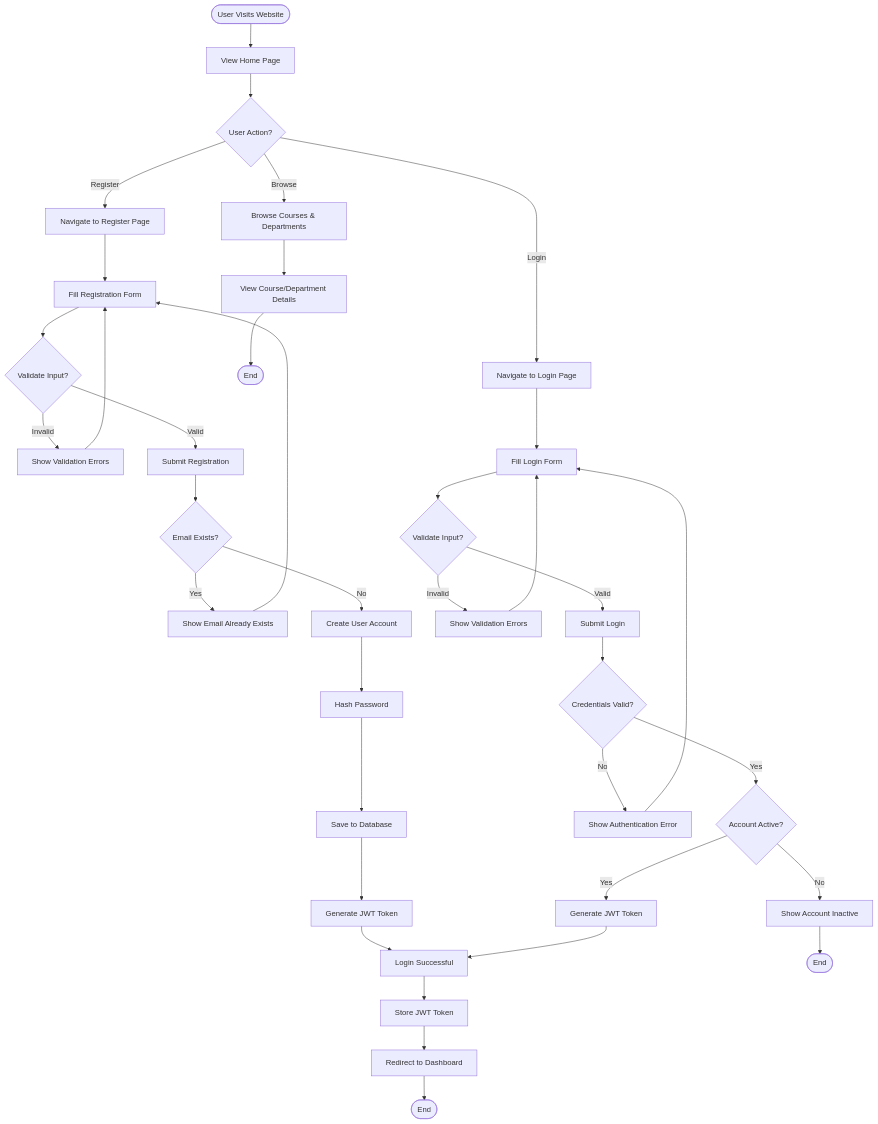
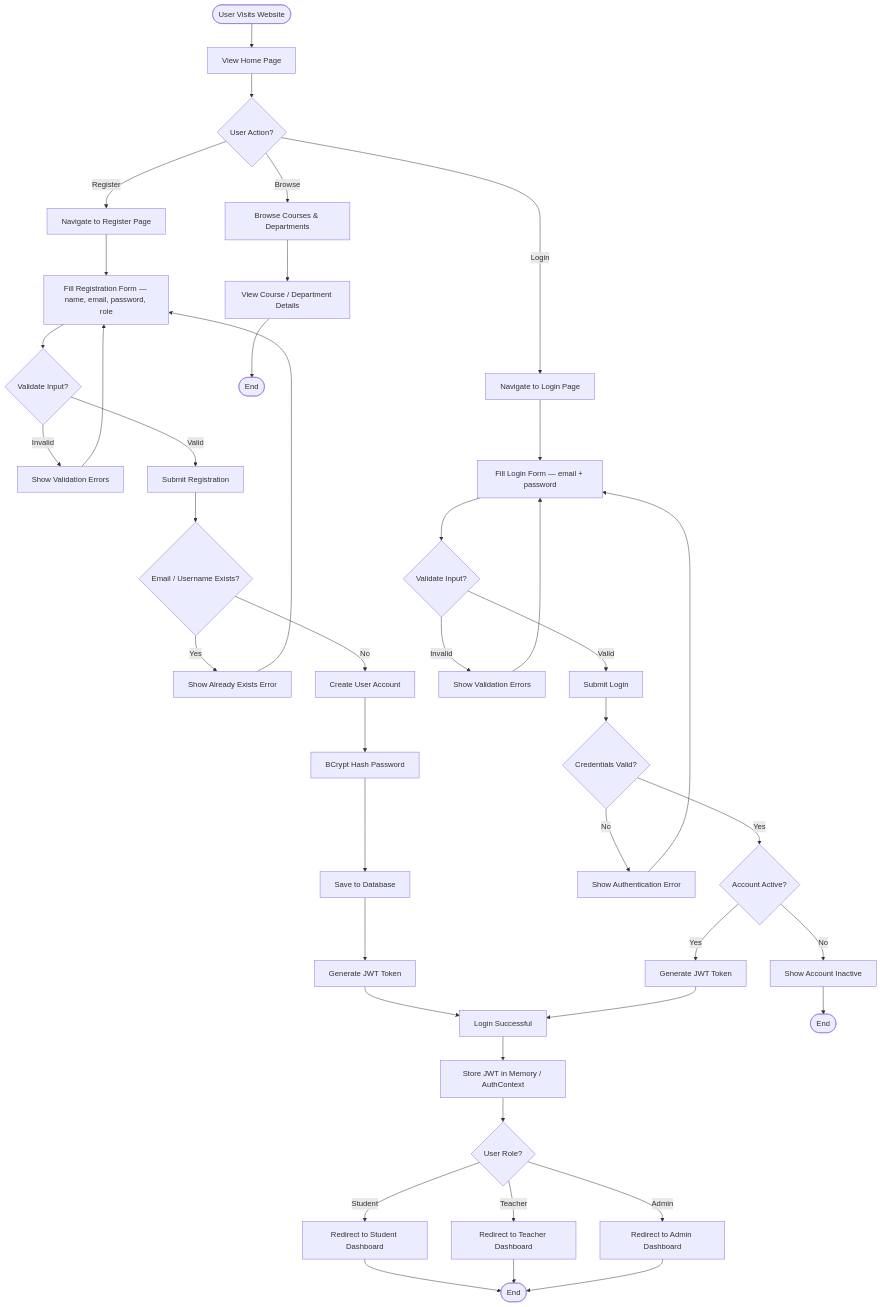
The first of 7 diagrams in diagrams/activity-diagram.md (mahmoudss5/Uni-System), drawn with Mermaid before and after one commit. The commit also changed other lines of this file and 3 other files, not shown here.

Commit message:
update readme and diagrams

````diff
--- a/diagrams/activity-diagram.md
+++ b/diagrams/activity-diagram.md
@@ -7,46 +7,51 @@
 ```mermaid
 flowchart TD
     Start([User Visits Website]) --> ViewHome[View Home Page]
     ViewHome --> Decision1{User Action?}
-    
+
     Decision1 -->|Register| RegStart[Navigate to Register Page]
     Decision1 -->|Login| LoginStart[Navigate to Login Page]
     Decision1 -->|Browse| Browse[Browse Courses & Departments]
-    
+
     %% Registration Flow
-    RegStart --> FillRegForm[Fill Registration Form]
+    RegStart --> FillRegForm[Fill Registration Form — name, email, password, role]
     FillRegForm --> ValidateRegInput{Validate Input?}
     ValidateRegInput -->|Invalid| ShowRegError[Show Validation Errors]
     ShowRegError --> FillRegForm
     ValidateRegInput -->|Valid| SubmitReg[Submit Registration]
-    SubmitReg --> CheckEmail{Email Exists?}
-    CheckEmail -->|Yes| ShowEmailError[Show Email Already Exists]
+    SubmitReg --> CheckEmail{Email / Username Exists?}
+    CheckEmail -->|Yes| ShowEmailError[Show Already Exists Error]
     ShowEmailError --> FillRegForm
     CheckEmail -->|No| CreateUser[Create User Account]
-    CreateUser --> HashPassword[Hash Password]
+    CreateUser --> HashPassword[BCrypt Hash Password]
     HashPassword --> SaveUser[Save to Database]
     SaveUser --> GenerateToken1[Generate JWT Token]
     GenerateToken1 --> LoginSuccess
-    
+
     %% Login Flow
-    LoginStart --> FillLoginForm[Fill Login Form]
+    LoginStart --> FillLoginForm[Fill Login Form — email + password]
     FillLoginForm --> ValidateLoginInput{Validate Input?}
     ValidateLoginInput -->|Invalid| ShowLoginError[Show Validation Errors]
     ShowLoginError --> FillLoginForm
     ValidateLoginInput -->|Valid| SubmitLogin[Submit Login]
     SubmitLogin --> CheckCreds{Credentials Valid?}
     CheckCreds -->|No| ShowAuthError[Show Authentication Error]
     ShowAuthError --> FillLoginForm
     CheckCreds -->|Yes| CheckActive{Account Active?}
     CheckActive -->|No| ShowInactiveError[Show Account Inactive]
     ShowInactiveError --> End1([End])
     CheckActive -->|Yes| GenerateToken2[Generate JWT Token]
     GenerateToken2 --> LoginSuccess[Login Successful]
-    
-    LoginSuccess --> StoreToken[Store JWT Token]
-    StoreToken --> RedirectDashboard[Redirect to Dashboard]
-    RedirectDashboard --> End2([End])
-    
-    Browse --> ViewDetails[View Course/Department Details]
+
+    LoginSuccess --> StoreToken[Store JWT in Memory / AuthContext]
+    StoreToken --> CheckRole{User Role?}
+    CheckRole -->|Student| StudentDash[Redirect to Student Dashboard]
+    CheckRole -->|Teacher| TeacherDash[Redirect to Teacher Dashboard]
+    CheckRole -->|Admin| AdminDash[Redirect to Admin Dashboard]
+
+    Browse --> ViewDetails[View Course / Department Details]
     ViewDetails --> End3([End])
+    StudentDash --> End4([End])
+    TeacherDash --> End4
+    AdminDash --> End4
 ```
````
